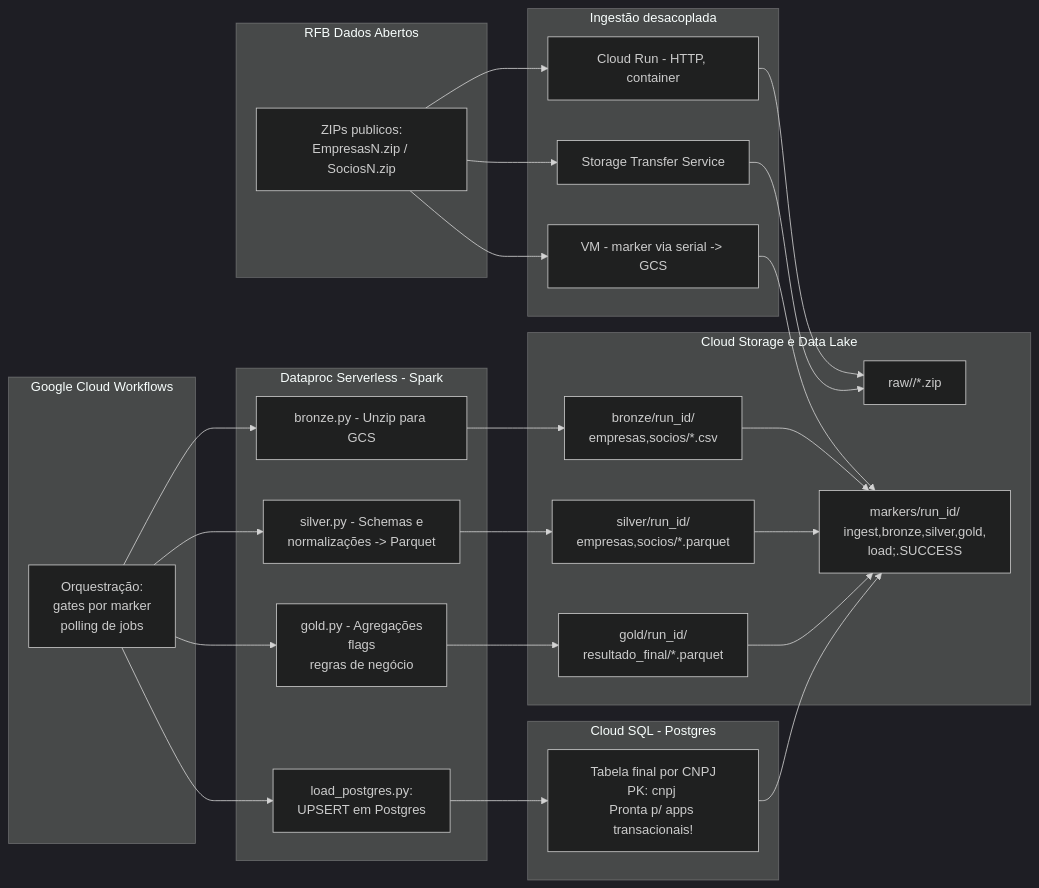
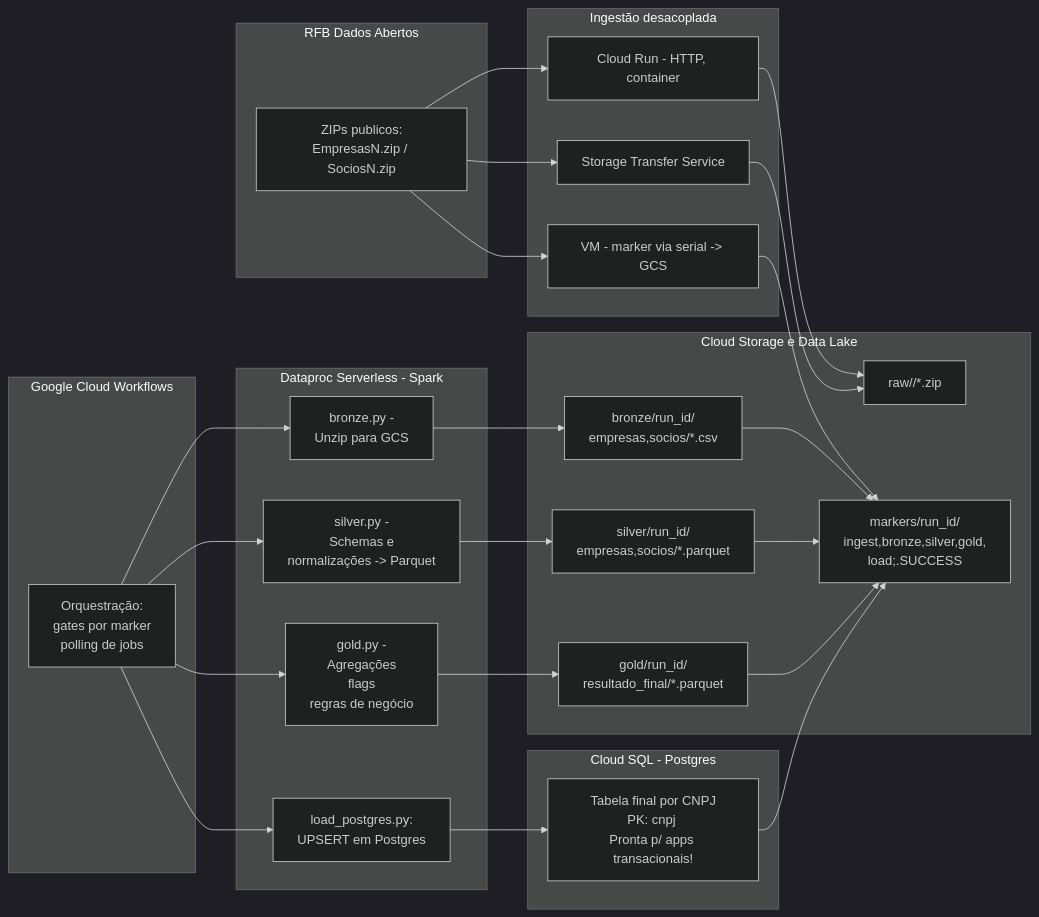
One commit to jaquerando/case_stone changed the diagram in README.md. Above: the diagram before and after it, drawn with Mermaid (dark theme).

````diff
--- a/README.md
+++ b/README.md
@@ -48,54 +48,54 @@
 ```mermaid
 flowchart LR
 
   %% === SOURCES ===
   subgraph SRC["RFB Dados Abertos"]
     s1["ZIPs publicos:<br/>EmpresasN.zip / SociosN.zip"]
   end
 
   %% === INGEST ===
   subgraph ING["Ingestão desacoplada"]
     A["Cloud Run - HTTP, container"]
     B["Storage Transfer Service"]
     C["VM - marker via serial -> GCS"]
   end
 
   %% === STORAGE ===
   subgraph GCS["Cloud Storage e Data Lake"]
     raw["raw/<run_id>/*.zip"]
     brz["bronze/run_id/<br/>empresas,socios/*.csv"]
     slv["silver/run_id/<br/>empresas,socios/*.parquet"]
     gld["gold/run_id/<br/>resultado_final/*.parquet"]
     mrk["markers/run_id/<br/>ingest,bronze,silver,gold, <br/>load;.SUCCESS"]
   end
 
   %% === WORKFLOWS ===
   subgraph WF["Google Cloud Workflows"]
     wf1["Orquestração: <br/>gates por marker <br/> polling de jobs"]
   end
 
   %% === SPARK ===
   subgraph DP["Dataproc Serverless - Spark"]
-    p1["bronze.py - Unzip para GCS"]
-    p2["silver.py - Schemas e<br/>normalizações -> Parquet"]
-    p3["gold.py - Agregações<br/>flags<br/>regras de negócio"]
+    p1["bronze.py - <br/>Unzip para GCS"]
+    p2["silver.py - <br/>Schemas e<br/>normalizações -> Parquet"]
+    p3["gold.py - <br/>Agregações<br/>flags<br/>regras de negócio"]
     p4["load_postgres.py: <br/>UPSERT em Postgres"]
   end
 
   %% === DB ===
   subgraph SQL["Cloud SQL - Postgres "]
     tbl["Tabela final por CNPJ<br/>PK: cnpj <br/>Pronta p/ apps transacionais!"]
   end
 
   %% === FLOWS ===
   s1 --> A & B & C
 
   A --> raw
   B --> raw
   C --> mrk
 
   wf1 --> p1 --> brz --> mrk
   wf1 --> p2 --> slv --> mrk
   wf1 --> p3 --> gld --> mrk
   wf1 --> p4 --> tbl --> mrk
 ```
````
